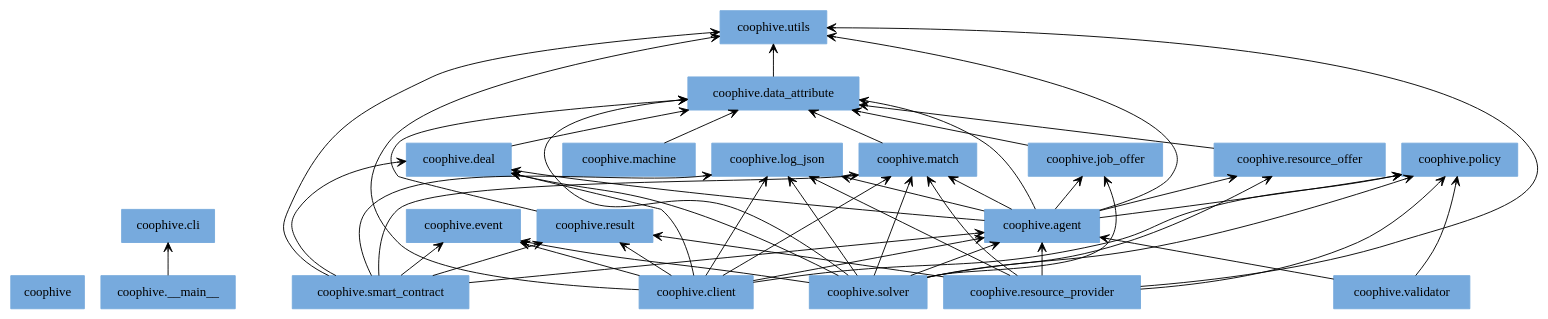
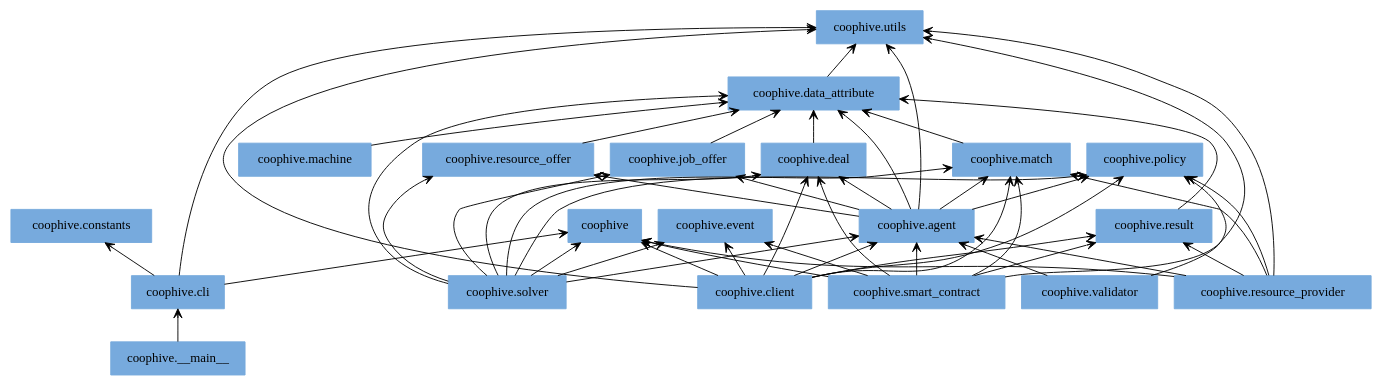
Before and after one commit to CoopHive/Apiary: the diagram in docs/img/packages_coophive.dot, drawn with Graphviz. The commit also changed 6 other files, not shown here.

```diff
--- a/docs/img/packages_coophive.dot
+++ b/docs/img/packages_coophive.dot
@@ -1,72 +1,74 @@
 digraph "packages_coophive" {
 rankdir=BT
 charset="utf-8"
 "coophive" [color="#77AADD", label=<coophive>, shape="box", style="filled"];
 "coophive.__main__" [color="#77AADD", label=<coophive.__main__>, shape="box", style="filled"];
 "coophive.agent" [color="#77AADD", label=<coophive.agent>, shape="box", style="filled"];
 "coophive.cli" [color="#77AADD", label=<coophive.cli>, shape="box", style="filled"];
 "coophive.client" [color="#77AADD", label=<coophive.client>, shape="box", style="filled"];
+"coophive.constants" [color="#77AADD", label=<coophive.constants>, shape="box", style="filled"];
 "coophive.data_attribute" [color="#77AADD", label=<coophive.data_attribute>, shape="box", style="filled"];
 "coophive.deal" [color="#77AADD", label=<coophive.deal>, shape="box", style="filled"];
 "coophive.event" [color="#77AADD", label=<coophive.event>, shape="box", style="filled"];
 "coophive.job_offer" [color="#77AADD", label=<coophive.job_offer>, shape="box", style="filled"];
-"coophive.log_json" [color="#77AADD", label=<coophive.log_json>, shape="box", style="filled"];
 "coophive.machine" [color="#77AADD", label=<coophive.machine>, shape="box", style="filled"];
 "coophive.match" [color="#77AADD", label=<coophive.match>, shape="box", style="filled"];
 "coophive.policy" [color="#77AADD", label=<coophive.policy>, shape="box", style="filled"];
 "coophive.resource_offer" [color="#77AADD", label=<coophive.resource_offer>, shape="box", style="filled"];
 "coophive.resource_provider" [color="#77AADD", label=<coophive.resource_provider>, shape="box", style="filled"];
 "coophive.result" [color="#77AADD", label=<coophive.result>, shape="box", style="filled"];
 "coophive.smart_contract" [color="#77AADD", label=<coophive.smart_contract>, shape="box", style="filled"];
 "coophive.solver" [color="#77AADD", label=<coophive.solver>, shape="box", style="filled"];
 "coophive.utils" [color="#77AADD", label=<coophive.utils>, shape="box", style="filled"];
 "coophive.validator" [color="#77AADD", label=<coophive.validator>, shape="box", style="filled"];
 "coophive.__main__" -> "coophive.cli" [arrowhead="open", arrowtail="none"];
 "coophive.agent" -> "coophive.data_attribute" [arrowhead="open", arrowtail="none"];
 "coophive.agent" -> "coophive.deal" [arrowhead="open", arrowtail="none"];
 "coophive.agent" -> "coophive.job_offer" [arrowhead="open", arrowtail="none"];
-"coophive.agent" -> "coophive.log_json" [arrowhead="open", arrowtail="none"];
 "coophive.agent" -> "coophive.match" [arrowhead="open", arrowtail="none"];
 "coophive.agent" -> "coophive.policy" [arrowhead="open", arrowtail="none"];
 "coophive.agent" -> "coophive.resource_offer" [arrowhead="open", arrowtail="none"];
 "coophive.agent" -> "coophive.utils" [arrowhead="open", arrowtail="none"];
+"coophive.cli" -> "coophive" [arrowhead="open", arrowtail="none"];
+"coophive.cli" -> "coophive.constants" [arrowhead="open", arrowtail="none"];
+"coophive.cli" -> "coophive.utils" [arrowhead="open", arrowtail="none"];
+"coophive.client" -> "coophive" [arrowhead="open", arrowtail="none"];
 "coophive.client" -> "coophive.agent" [arrowhead="open", arrowtail="none"];
 "coophive.client" -> "coophive.deal" [arrowhead="open", arrowtail="none"];
 "coophive.client" -> "coophive.event" [arrowhead="open", arrowtail="none"];
-"coophive.client" -> "coophive.log_json" [arrowhead="open", arrowtail="none"];
 "coophive.client" -> "coophive.match" [arrowhead="open", arrowtail="none"];
 "coophive.client" -> "coophive.policy" [arrowhead="open", arrowtail="none"];
 "coophive.client" -> "coophive.result" [arrowhead="open", arrowtail="none"];
 "coophive.client" -> "coophive.utils" [arrowhead="open", arrowtail="none"];
 "coophive.data_attribute" -> "coophive.utils" [arrowhead="open", arrowtail="none"];
 "coophive.deal" -> "coophive.data_attribute" [arrowhead="open", arrowtail="none"];
 "coophive.job_offer" -> "coophive.data_attribute" [arrowhead="open", arrowtail="none"];
 "coophive.machine" -> "coophive.data_attribute" [arrowhead="open", arrowtail="none"];
 "coophive.match" -> "coophive.data_attribute" [arrowhead="open", arrowtail="none"];
 "coophive.resource_offer" -> "coophive.data_attribute" [arrowhead="open", arrowtail="none"];
+"coophive.resource_provider" -> "coophive" [arrowhead="open", arrowtail="none"];
 "coophive.resource_provider" -> "coophive.agent" [arrowhead="open", arrowtail="none"];
-"coophive.resource_provider" -> "coophive.log_json" [arrowhead="open", arrowtail="none"];
 "coophive.resource_provider" -> "coophive.match" [arrowhead="open", arrowtail="none"];
 "coophive.resource_provider" -> "coophive.policy" [arrowhead="open", arrowtail="none"];
 "coophive.resource_provider" -> "coophive.result" [arrowhead="open", arrowtail="none"];
 "coophive.resource_provider" -> "coophive.utils" [arrowhead="open", arrowtail="none"];
 "coophive.result" -> "coophive.data_attribute" [arrowhead="open", arrowtail="none"];
+"coophive.smart_contract" -> "coophive" [arrowhead="open", arrowtail="none"];
 "coophive.smart_contract" -> "coophive.agent" [arrowhead="open", arrowtail="none"];
 "coophive.smart_contract" -> "coophive.deal" [arrowhead="open", arrowtail="none"];
 "coophive.smart_contract" -> "coophive.event" [arrowhead="open", arrowtail="none"];
-"coophive.smart_contract" -> "coophive.log_json" [arrowhead="open", arrowtail="none"];
 "coophive.smart_contract" -> "coophive.match" [arrowhead="open", arrowtail="none"];
 "coophive.smart_contract" -> "coophive.result" [arrowhead="open", arrowtail="none"];
 "coophive.smart_contract" -> "coophive.utils" [arrowhead="open", arrowtail="none"];
+"coophive.solver" -> "coophive" [arrowhead="open", arrowtail="none"];
 "coophive.solver" -> "coophive.agent" [arrowhead="open", arrowtail="none"];
 "coophive.solver" -> "coophive.data_attribute" [arrowhead="open", arrowtail="none"];
 "coophive.solver" -> "coophive.deal" [arrowhead="open", arrowtail="none"];
 "coophive.solver" -> "coophive.event" [arrowhead="open", arrowtail="none"];
 "coophive.solver" -> "coophive.job_offer" [arrowhead="open", arrowtail="none"];
-"coophive.solver" -> "coophive.log_json" [arrowhead="open", arrowtail="none"];
 "coophive.solver" -> "coophive.match" [arrowhead="open", arrowtail="none"];
 "coophive.solver" -> "coophive.policy" [arrowhead="open", arrowtail="none"];
 "coophive.solver" -> "coophive.resource_offer" [arrowhead="open", arrowtail="none"];
 "coophive.validator" -> "coophive.agent" [arrowhead="open", arrowtail="none"];
 "coophive.validator" -> "coophive.policy" [arrowhead="open", arrowtail="none"];
 }
```
